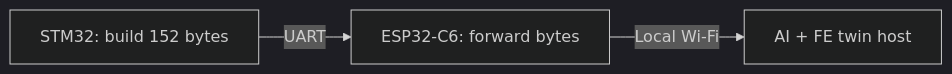
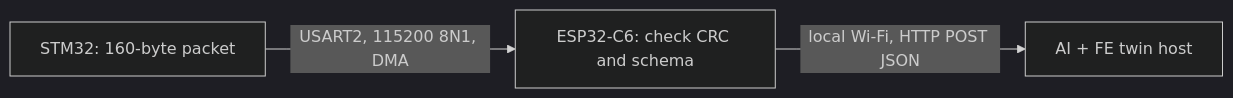
The third of 3 diagrams in Project architecture/COE/COE Edge Acquisition & Processing Node layer.md (amussab/Digital-Twin-Senior-Proj), drawn with Mermaid (dark theme) before and after one commit. The commit also changed other lines of this file and 5 other files, not shown here.

````diff
--- a/Project architecture/COE/COE Edge Acquisition & Processing Node layer.md
+++ b/Project architecture/COE/COE Edge Acquisition & Processing Node layer.md
@@ -264,5 +203,5 @@
 ```mermaid
 flowchart LR
-    STM["STM32: build 152 bytes"] -->|UART| ESP["ESP32-C6: forward bytes"]
-    ESP -->|Local Wi-Fi| HOST["AI + FE twin host"]
+    STM["STM32: 160-byte packet"] -->|"USART2, 115200 8N1, DMA"| ESP["ESP32-C6: check CRC and schema"]
+    ESP -->|"local Wi-Fi, HTTP POST JSON"| HOST["AI + FE twin host"]
 ```
````
